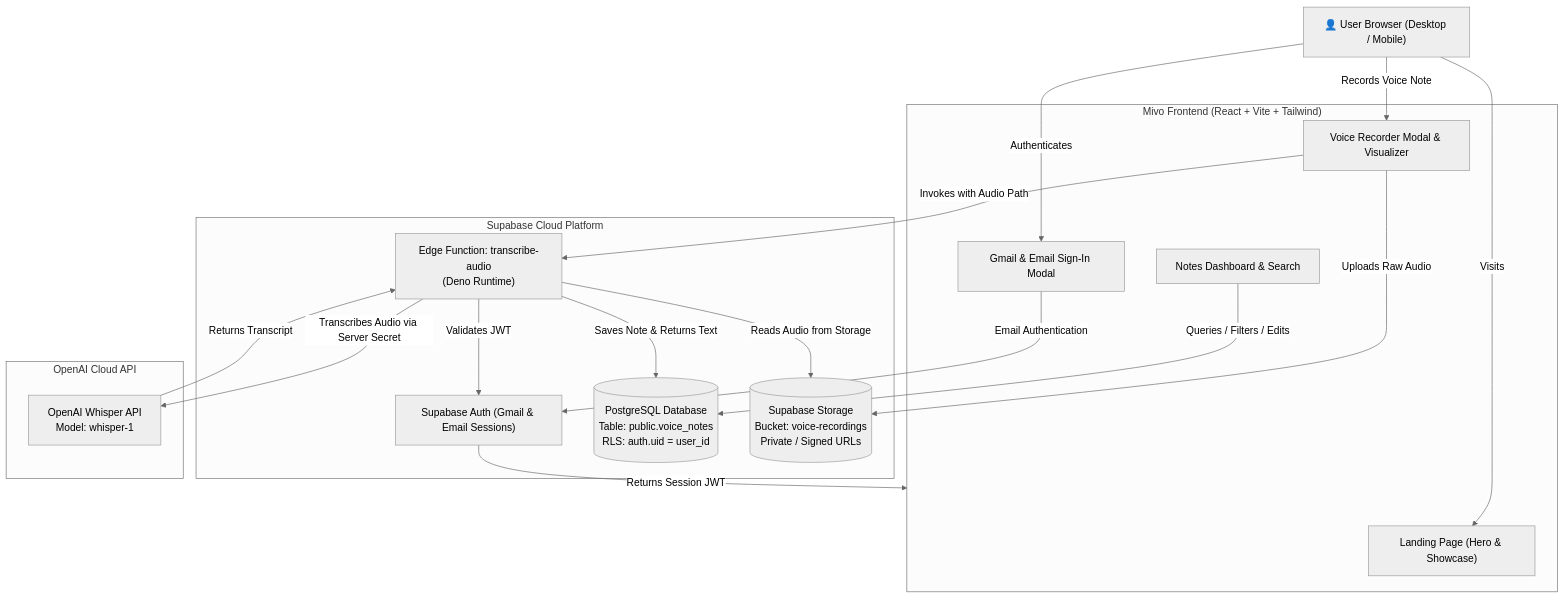
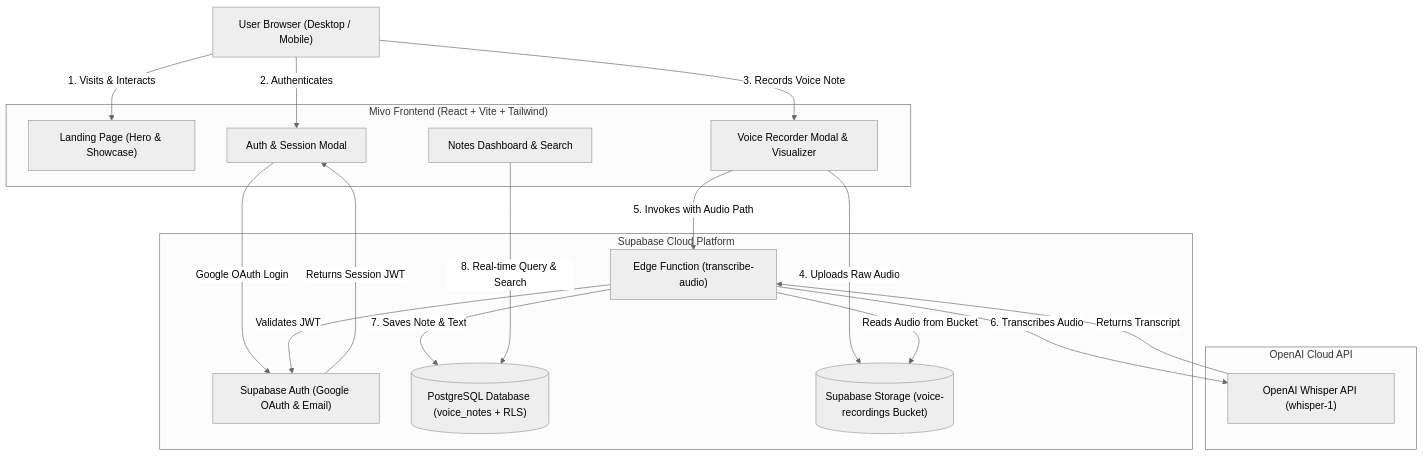
One commit to Pratik-dotcom-11/Mivo changed the diagram in README.md. Above: the diagram before and after it, drawn with Mermaid (neutral theme). The commit also changed other lines of this file and 2 other files, not shown here.

Commit message:
docs(readme): add responsive visual architecture diagram and fix mermaid syntax for desktop and mobile visibility

````diff
--- a/README.md
+++ b/README.md
@@ -74,37 +81,37 @@
 ```mermaid
 flowchart TD
-    User["👤 User Browser (Desktop / Mobile)"]
+    User["User Browser (Desktop / Mobile)"]
     
     subgraph Frontend["Mivo Frontend (React + Vite + Tailwind)"]
         Landing["Landing Page (Hero & Showcase)"]
-        AuthView["Gmail & Email Sign-In Modal"]
+        AuthView["Auth & Session Modal"]
         NotesView["Notes Dashboard & Search"]
         Recorder["Voice Recorder Modal & Visualizer"]
     end
     
     subgraph SupabasePlatform["Supabase Cloud Platform"]
-        Auth["Supabase Auth (Gmail & Email Sessions)"]
-        Postgres[("PostgreSQL Database<br/>Table: public.voice_notes<br/>RLS: auth.uid = user_id")]
-        Storage[("Supabase Storage<br/>Bucket: voice-recordings<br/>Private / Signed URLs")]
-        EdgeFn["Edge Function: transcribe-audio<br/>(Deno Runtime)"]
+        Auth["Supabase Auth (Google OAuth & Email)"]
+        Postgres[("PostgreSQL Database (voice_notes + RLS)")]
+        Storage[("Supabase Storage (voice-recordings Bucket)")]
+        EdgeFn["Edge Function (transcribe-audio)"]
     end
     
     subgraph AIProvider["OpenAI Cloud API"]
-        Whisper["OpenAI Whisper API<br/>Model: whisper-1"]
+        Whisper["OpenAI Whisper API (whisper-1)"]
     end
 
-    User -->|Visits| Landing
-    User -->|Authenticates| AuthView
-    AuthView -->|Email Authentication| Auth
-    Auth -->|Returns Session JWT| Frontend
+    User -->|1. Visits & Interacts| Landing
+    User -->|2. Authenticates| AuthView
+    AuthView -->|Google OAuth Login| Auth
+    Auth -->|Returns Session JWT| AuthView
     
-    User -->|Records Voice Note| Recorder
-    Recorder -->|Uploads Raw Audio| Storage
-    Recorder -->|Invokes with Audio Path| EdgeFn
+    User -->|3. Records Voice Note| Recorder
+    Recorder -->|4. Uploads Raw Audio| Storage
+    Recorder -->|5. Invokes with Audio Path| EdgeFn
     EdgeFn -->|Validates JWT| Auth
-    EdgeFn -->|Reads Audio from Storage| Storage
-    EdgeFn -->|"Transcribes Audio via Server Secret"| Whisper
+    EdgeFn -->|Reads Audio from Bucket| Storage
+    EdgeFn -->|6. Transcribes Audio| Whisper
     Whisper -->|Returns Transcript| EdgeFn
-    EdgeFn -->|Saves Note & Returns Text| Postgres
-    NotesView -->|Queries / Filters / Edits| Postgres
+    EdgeFn -->|7. Saves Note & Text| Postgres
+    NotesView -->|8. Real-time Query & Search| Postgres
 ```
````
